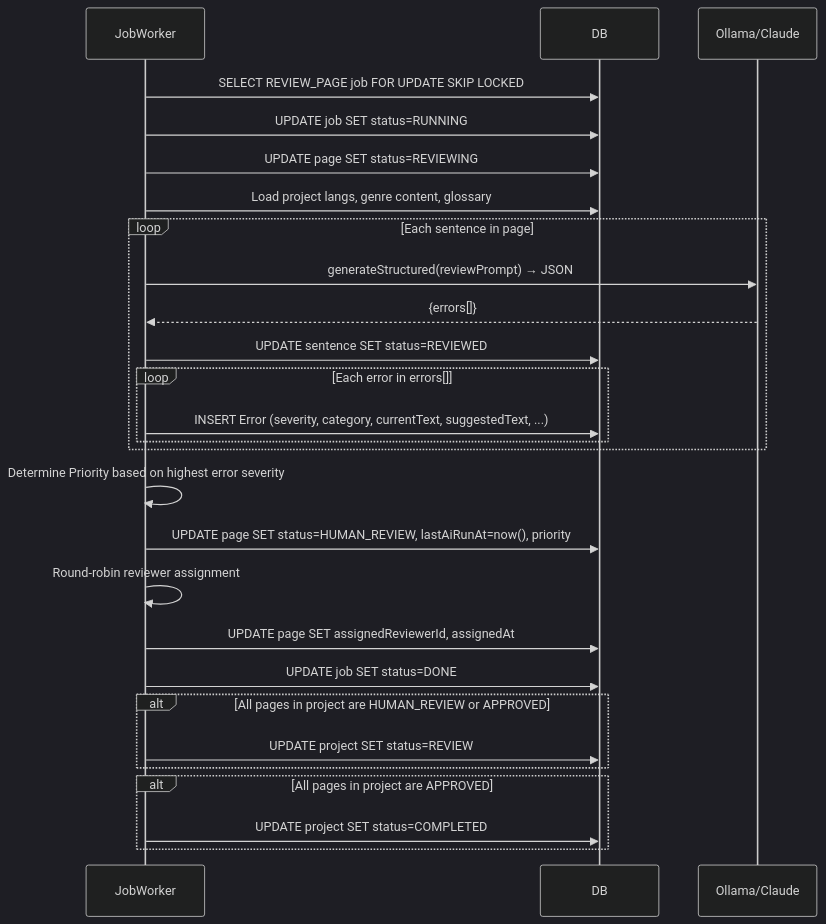
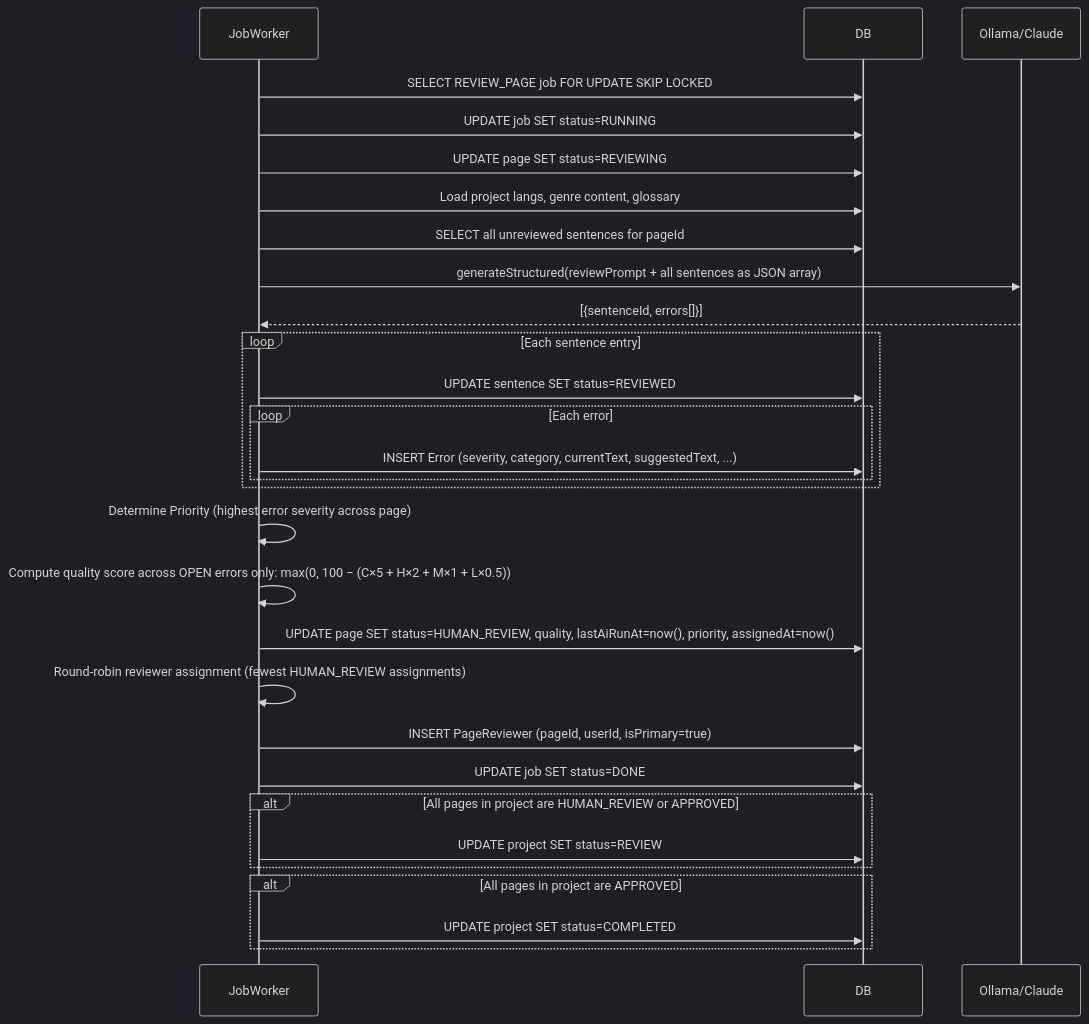
One commit to ArulRozario/tAi changed the eighth of 32 diagrams in .spec/08-sequences.md. Above: the diagram before and after it, drawn with Mermaid (dark theme). The commit also changed other lines of this file and 195 other files, not shown here.

````diff
--- a/.spec/08-sequences.md
+++ b/.spec/08-sequences.md
@@ -192,35 +226,38 @@
 ```mermaid
 sequenceDiagram
     participant Worker as JobWorker
     participant DB
     participant LLM as Ollama/Claude
 
     Worker->>DB: SELECT REVIEW_PAGE job FOR UPDATE SKIP LOCKED
     Worker->>DB: UPDATE job SET status=RUNNING
     Worker->>DB: UPDATE page SET status=REVIEWING
     Worker->>DB: Load project langs, genre content, glossary
 
-    loop Each sentence in page
-        Worker->>LLM: generateStructured(reviewPrompt) → JSON
-        LLM-->>Worker: {errors[]}
+    Worker->>DB: SELECT all unreviewed sentences for pageId
+    Worker->>LLM: generateStructured(reviewPrompt + all sentences as JSON array)
+    LLM-->>Worker: [{sentenceId, errors[]}]
+
+    loop Each sentence entry
         Worker->>DB: UPDATE sentence SET status=REVIEWED
-        loop Each error in errors[]
+        loop Each error
             Worker->>DB: INSERT Error (severity, category, currentText, suggestedText, ...)
         end
     end
 
-    Worker->>Worker: Determine Priority based on highest error severity
-    Worker->>DB: UPDATE page SET status=HUMAN_REVIEW, lastAiRunAt=now(), priority
+    Worker->>Worker: Determine Priority (highest error severity across page)
+    Worker->>Worker: Compute quality score across OPEN errors only: max(0, 100 − (C×5 + H×2 + M×1 + L×0.5))
+    Worker->>DB: UPDATE page SET status=HUMAN_REVIEW, quality, lastAiRunAt=now(), priority, assignedAt=now()
 
-    Worker->>Worker: Round-robin reviewer assignment
-    Worker->>DB: UPDATE page SET assignedReviewerId, assignedAt
+    Worker->>Worker: Round-robin reviewer assignment (fewest HUMAN_REVIEW assignments)
+    Worker->>DB: INSERT PageReviewer (pageId, userId, isPrimary=true)
 
     Worker->>DB: UPDATE job SET status=DONE
 
     alt All pages in project are HUMAN_REVIEW or APPROVED
         Worker->>DB: UPDATE project SET status=REVIEW
     end
     alt All pages in project are APPROVED
         Worker->>DB: UPDATE project SET status=COMPLETED
     end
 ```
````
